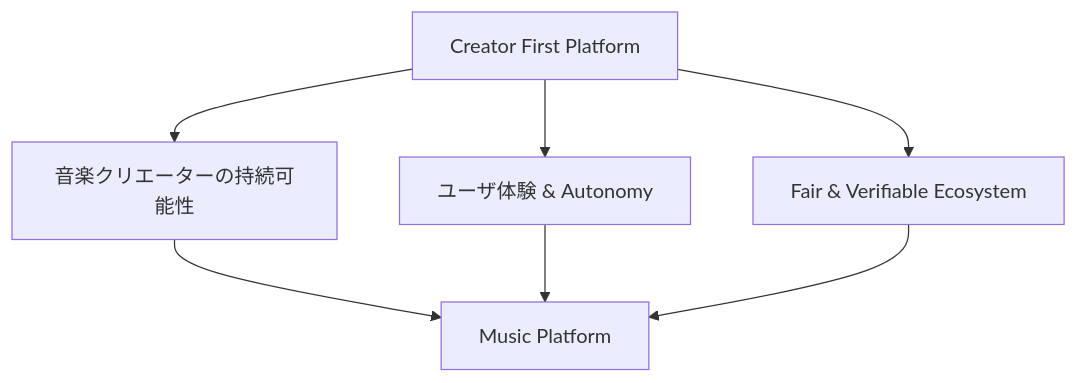
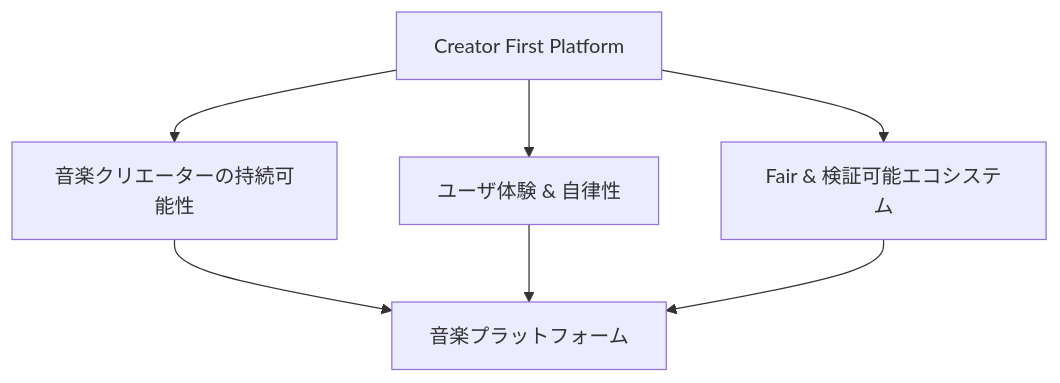
Before and after one commit to ShigeichiroYamasaki/creator-first-platform: the first of 17 diagrams in docs/whitepaper/01-vision.md, drawn with Mermaid. The commit also changed other lines of this file and 72 other files, not shown here.

````diff
--- a/docs/whitepaper/01-vision.md
+++ b/docs/whitepaper/01-vision.md
@@ -15,12 +15,12 @@
 ```mermaid
 flowchart TD
     VISION[Creator First Platform]
 
     VISION --> CREATOR[音楽クリエーターの持続可能性]
-    VISION --> USER[ユーザ体験 & Autonomy]
-    VISION --> FAIR[Fair & Verifiable Ecosystem]
+    VISION --> USER[ユーザ体験 & 自律性]
+    VISION --> FAIR[Fair & 検証可能エコシステム]
 
-    CREATOR --> PLATFORM[Music Platform]
+    CREATOR --> PLATFORM[音楽プラットフォーム]
     USER --> PLATFORM
     FAIR --> PLATFORM
 ```
````
